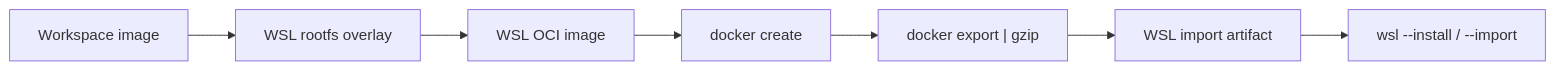
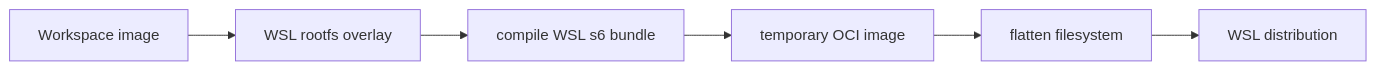
The first of 2 diagrams in platform/wsl/DESIGN.md (curoky/codespace), drawn with Mermaid before and after one commit. The commit also changed other lines of this file and 16 other files, not shown here.

````diff
--- a/platform/wsl/DESIGN.md
+++ b/platform/wsl/DESIGN.md
@@ -7,9 +8,8 @@
 ```mermaid
 flowchart LR
     Workspace["Workspace image"] --> Overlay["WSL rootfs overlay"]
-    Overlay --> Image["WSL OCI image"]
-    Image --> Create["docker create"]
-    Create --> Export["docker export | gzip"]
-    Export --> Artifact["WSL import artifact"]
-    Artifact --> Import["wsl --install / --import"]
+    Overlay --> Compile["compile WSL s6 bundle"]
+    Compile --> Image["temporary OCI image"]
+    Image --> Export["flatten filesystem"]
+    Export --> Import["WSL distribution"]
 ```
````
